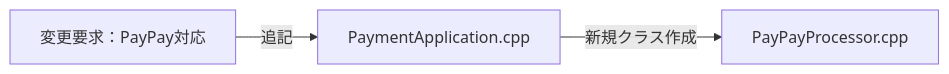
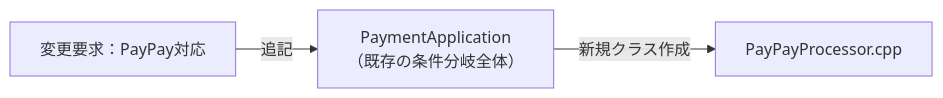
The second of 5 diagrams in kindle/design-patterns/output/chapter08.md (kumachan1101-pixel/DesignPattern), drawn with Mermaid before and after one commit. The commit also changed other lines of this file and 10 other files, not shown here.

````diff
--- a/kindle/design-patterns/output/chapter08.md
+++ b/kindle/design-patterns/output/chapter08.md
@@ -291,6 +284,5 @@
 ```mermaid
 graph LR
-    T1["変更要求：PayPay対応"] -->|"追記"| A["PaymentApplication.cpp"]
+    T1["変更要求：PayPay対応"] -->|"追記"| A["PaymentApplication<br>（既存の条件分岐全体）"]
     A -->|"新規クラス作成"| B["PayPayProcessor.cpp"]
-
 ```
````
